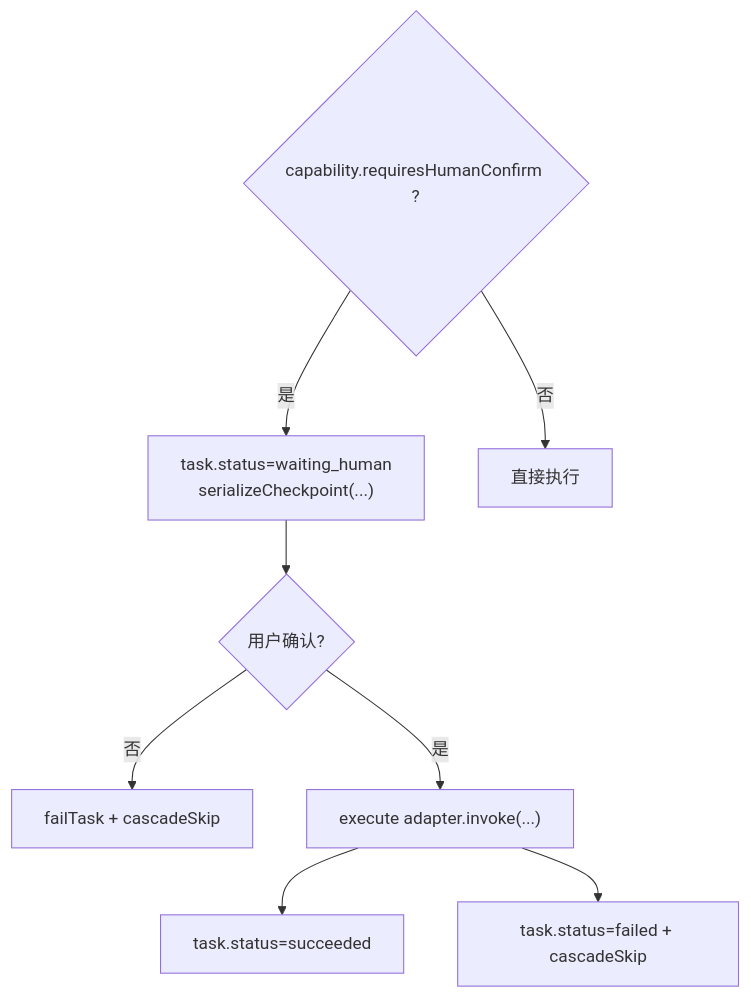
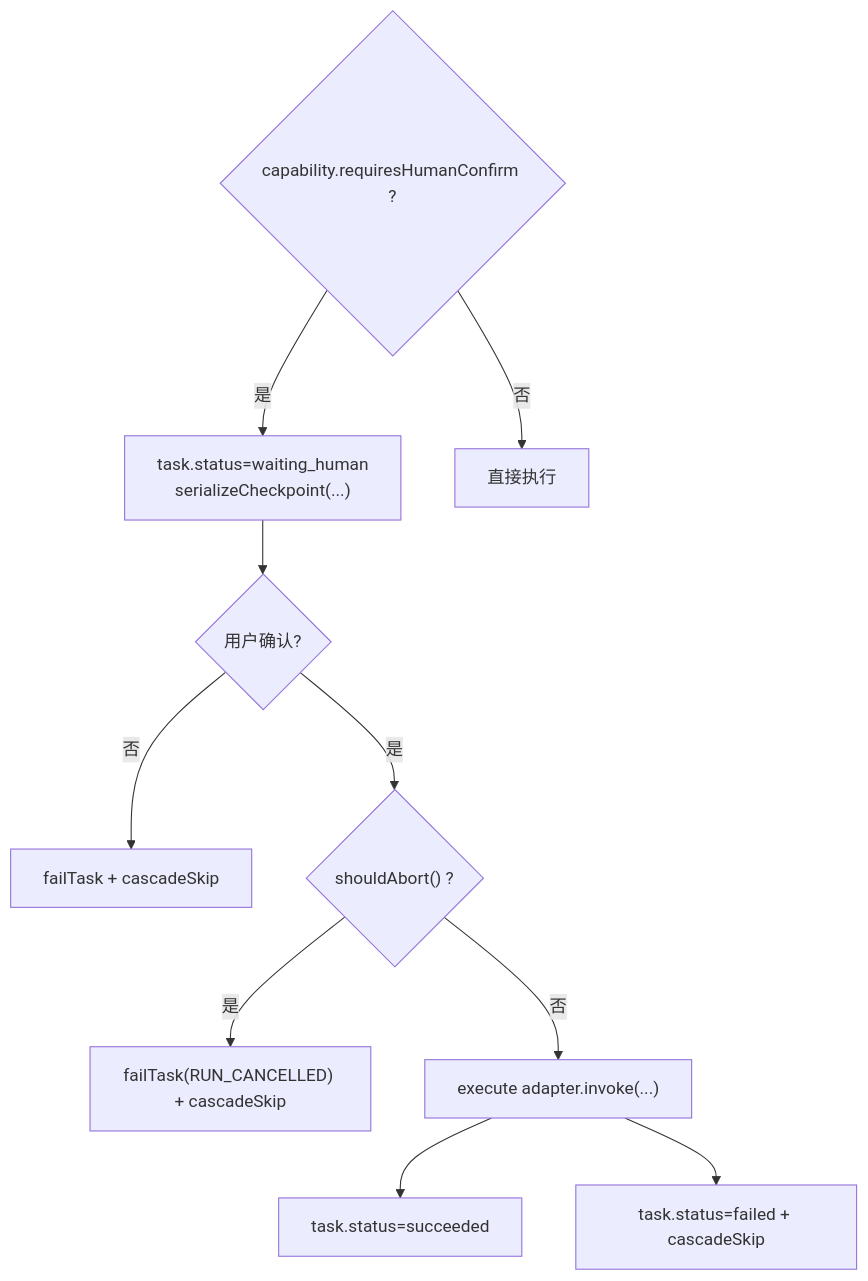
The sixth of 8 diagrams in .qoder/repowiki/zh/content/核心模块/Scheduler调度器.md (Ichi-Hackton/WAIC-WeChat-MiniProgram), drawn with Mermaid before and after one commit. The commit also changed other lines of this file and 33 other files, not shown here.

````diff
--- a/.qoder/repowiki/zh/content/核心模块/Scheduler调度器.md
+++ b/.qoder/repowiki/zh/content/核心模块/Scheduler调度器.md
@@ -238,18 +255,22 @@
 ```mermaid
 flowchart TD
 CapCheck{"capability.requiresHumanConfirm ?"}
 Yes["task.status=waiting_human<br/>serializeCheckpoint(...)"]
 No["直接执行"]
 Confirm{"用户确认?"}
 Deny["failTask + cascadeSkip"]
+CheckAbort{"shouldAbort() ?"}
+Cancel["failTask(RUN_CANCELLED) + cascadeSkip"]
 Run["execute adapter.invoke(...)"]
 Success["task.status=succeeded"]
 Fail["task.status=failed + cascadeSkip"]
 CapCheck --> |是| Yes
 CapCheck --> |否| No
 Yes --> Confirm
 Confirm --> |否| Deny
-Confirm --> |是| Run
+Confirm --> |是| CheckAbort
+CheckAbort --> |是| Cancel
+CheckAbort --> |否| Run
 Run --> Success
 Run --> Fail
 ```
````
